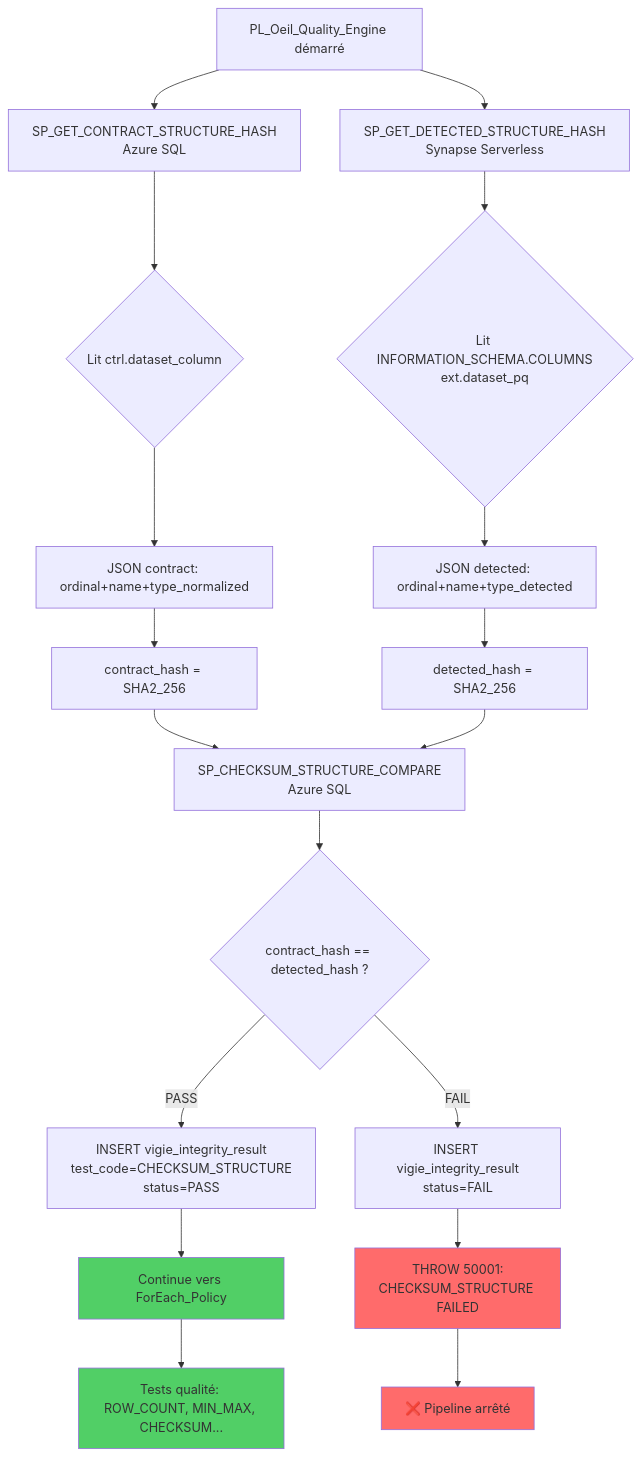
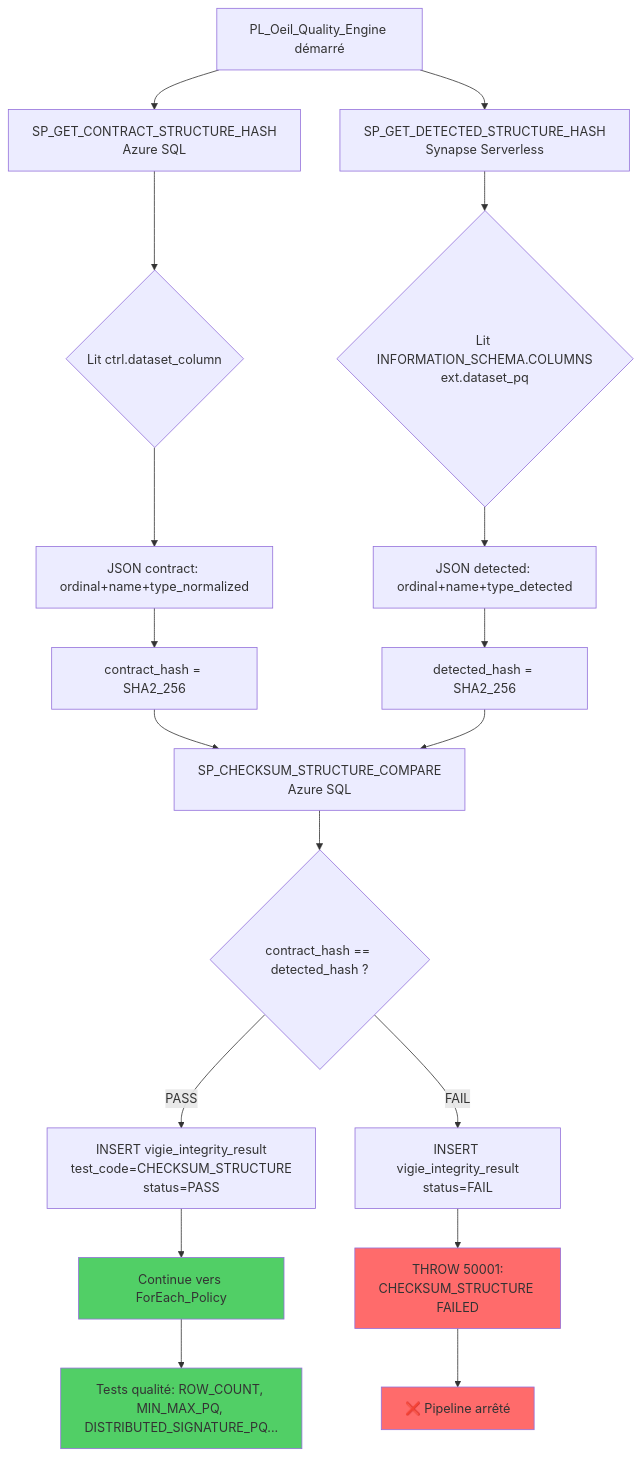
Before and after one commit to lawiz22/OeilTest: the first of 6 diagrams in docs/technical_reference/stored_procedures.md, drawn with Mermaid. The commit also changed other lines of this file and 11 other files, not shown here.

Commit message:
feat: refactor quality control procedures to include distributed signature and update min/max logic

````diff
--- a/docs/technical_reference/stored_procedures.md
+++ b/docs/technical_reference/stored_procedures.md
@@ -273,29 +273,29 @@
 ```mermaid
 flowchart TD
     A[PL_Oeil_Quality_Engine démarré] --> B[SP_GET_CONTRACT_STRUCTURE_HASH<br/>Azure SQL]
     B --> C{Lit ctrl.dataset_column}
     C --> D[JSON contract: ordinal+name+type_normalized]
     D --> E[contract_hash = SHA2_256]
     
     A --> F[SP_GET_DETECTED_STRUCTURE_HASH<br/>Synapse Serverless]
 	F --> G{Lit INFORMATION_SCHEMA.COLUMNS<br/>ext.dataset_pq}
     G --> H[JSON detected: ordinal+name+type_detected]
     H --> I[detected_hash = SHA2_256]
     
     E --> J[SP_CHECKSUM_STRUCTURE_COMPARE<br/>Azure SQL]
     I --> J
     
     J --> K{contract_hash == detected_hash ?}
     K -->|PASS| L[INSERT vigie_integrity_result<br/>test_code=CHECKSUM_STRUCTURE<br/>status=PASS]
     L --> M[Continue vers ForEach_Policy]
-    M --> N[Tests qualité: ROW_COUNT, MIN_MAX, CHECKSUM...]
+	M --> N[Tests qualité: ROW_COUNT, MIN_MAX_PQ, DISTRIBUTED_SIGNATURE_PQ...]
     
     K -->|FAIL| O[INSERT vigie_integrity_result<br/>status=FAIL]
     O --> P[THROW 50001:<br/>CHECKSUM_STRUCTURE FAILED]
     P --> Q[❌ Pipeline arrêté]
     
     style P fill:#ff6b6b
     style Q fill:#ff6b6b
     style M fill:#51cf66
     style N fill:#51cf66
 ```
````
